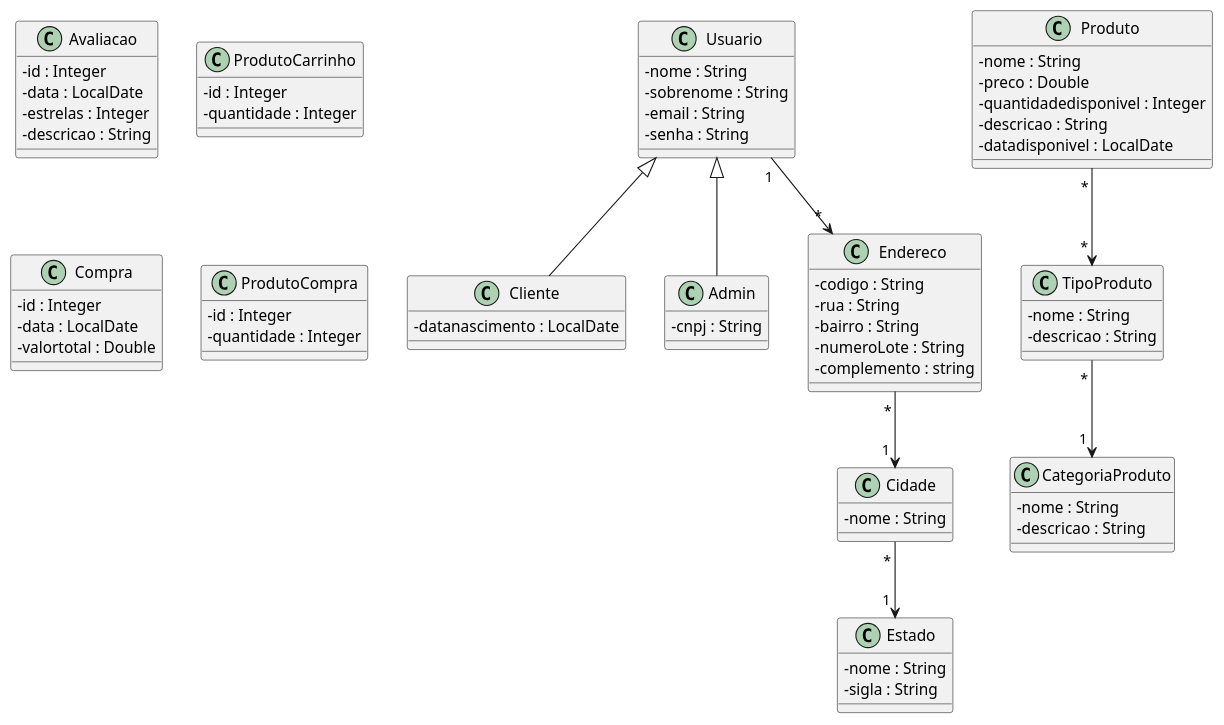
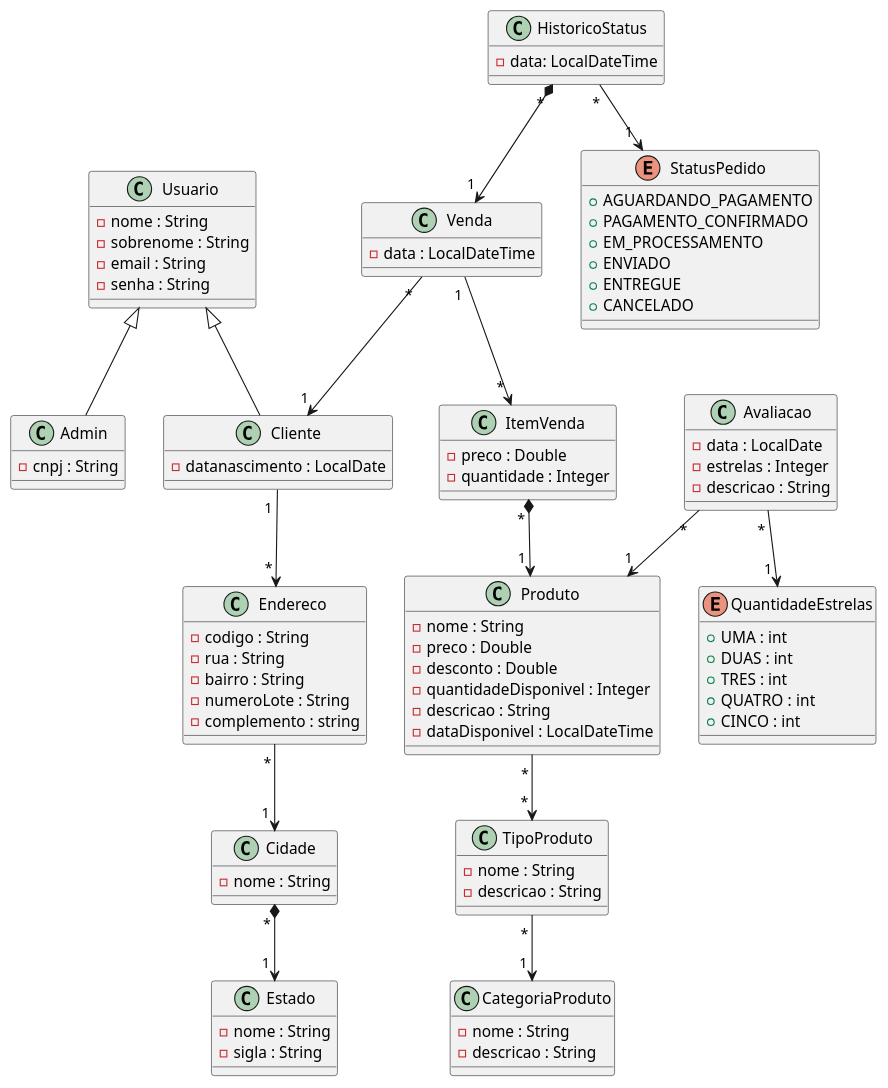
Before and after one commit to bealfredo/tp-floricultura-quarkus: the diagram in exemplo.plantuml, drawn with PlantUML. The commit also changed 1 other file, not shown here.

```diff
--- a/exemplo.plantuml
+++ b/exemplo.plantuml
@@ -1,115 +1,144 @@
 @startuml TrabalhoTopicos
-skinparam classAttributeIconSize 0
+' skinparam classAttributeIconSize 0
 
 class Usuario {
   - nome : String
   - sobrenome : String
   - email : String
   - senha : String
 }
 
 class Cliente {
   - datanascimento : LocalDate
 }
 
 class Admin {
   - cnpj : String
 }
 
 Usuario <|--  Cliente
 Usuario <|--  Admin
-Usuario " 1 " --> " * " Endereco
+Cliente " 1 " --> " * " Endereco
 
 class Endereco {
   - codigo : String
   - rua : String
   - bairro : String
   - numeroLote : String
   - complemento : string
 }
 
 Endereco " * " --> " 1 " Cidade
-Cidade " * " --> " 1 " Estado
+Cidade " * " *--> " 1 " Estado
 
 class Estado {
   - nome : String
   - sigla : String
 }
 
 class Cidade {
   - nome : String
 }
 
 
 class CategoriaProduto {
   - nome : String
   - descricao : String
 }
 
 class TipoProduto {
   - nome : String
   - descricao : String
 }
 
 class Produto {
   - nome : String
   - preco : Double
-  - quantidadedisponivel : Integer
+  - desconto : Double
+  - quantidadeDisponivel : Integer
   - descricao : String
-  - datadisponivel : LocalDate
+  - dataDisponivel : LocalDateTime
 }
+
+class ItemVenda {
+  - preco : Double
+  - quantidade : Integer
+}
+
+class Venda {
+  - data : LocalDateTime
+}
+
+class HistoricoStatus {
+  - data: LocalDateTime
+}
+
+enum StatusPedido {
+  + AGUARDANDO_PAGAMENTO
+  + PAGAMENTO_CONFIRMADO
+  + EM_PROCESSAMENTO
+  + ENVIADO
+  + ENTREGUE
+  + CANCELADO
+}
+
+
+Venda " * " --> " 1 " Cliente
+Venda " 1 " --> " * " ItemVenda
+ItemVenda " * " *--> " 1 " Produto
+HistoricoStatus " * " *--> " 1 " Venda
+HistoricoStatus " * " --> " 1 " StatusPedido
+
 
 Produto " * " --> " * " TipoProduto
 TipoProduto " * " --> " 1 " CategoriaProduto
 
 class Avaliacao {
-  - id : Integer
   - data : LocalDate
   - estrelas : Integer
   - descricao : String
 }
 
+enum QuantidadeEstrelas  {
+  + UMA : int
+  + DUAS : int
+  + TRES : int
+  + QUATRO : int
+  + CINCO : int
+}
+
+Avaliacao " * " --> " 1 " QuantidadeEstrelas
+Avaliacao " * " --> " 1 " Produto
+
 ' class Carrinho {
 '   - id : String
 ' }
 
-class ProdutoCarrinho {
-  - id : Integer
-  ' - produto : Integer
-  ' - usuario : Integer
-  - quantidade : Integer
-}
+' class ProdutoCarrinho {
+'   - id : Integer
+'   ' - produto : Integer
+'   ' - usuario : Integer
+'   - quantidade : Integer
+' }
 
-class Compra {
-  - id : Integer
-  - data : LocalDate
-  ' - enderecoentrega : String
-  - valortotal : Double
-}
 
-class ProdutoCompra {
-  - id : Integer
-  ' - produto : Integer
-  ' - compra : Integer
-  - quantidade : Integer
-}
 
 ' Avaliacao " * " --> " 1 " Produto
 ' Avaliacao " * " --> " 1 " Usuario
 ' Cidade " * " o--> " 1 " Estado
 ' Endereco " * " o--> " 1 " Cidade
 ' Usuario " 1 " --> " * " Endereco
 
 ' Usuario " 1 " --> " * " ProdutoCarrinho
 ' ProdutoCarrinho " * " -->  " 1 " Produto
 
 ' Compra " * " --> " 1 " Usuario
 ' Compra " 1 " --> " * " ProdutoCompra
 ' Compra " 1 " --> " * " Endereco
 ' ProdutoCompra " 1 " --> " 1 " Produto
 
 ' Produto " * " o--> " 1 " TipoProduto
 ' TipoProduto " * " o--> " 1 " CategoriaProduto
 
 
 @enduml
```
